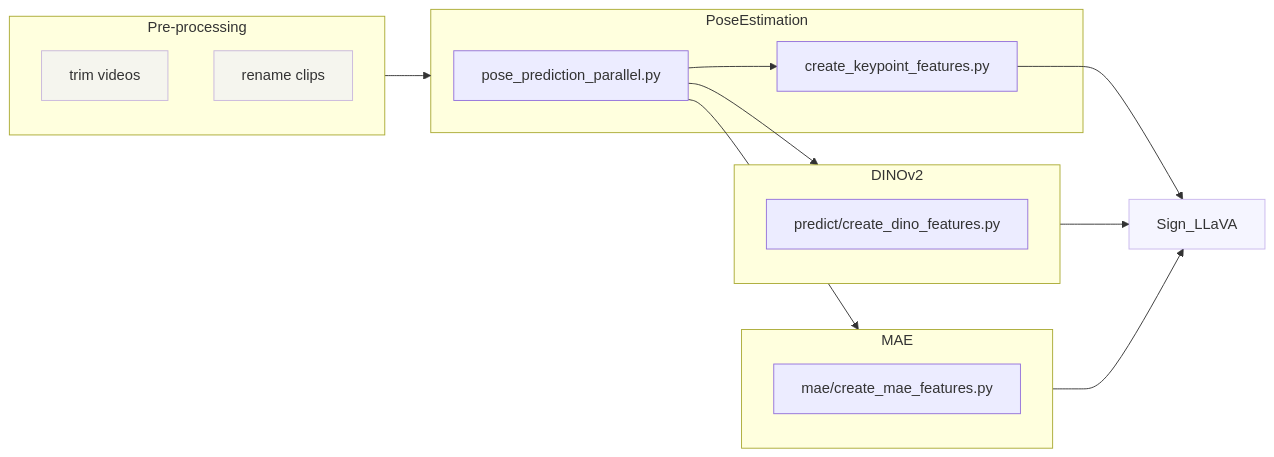
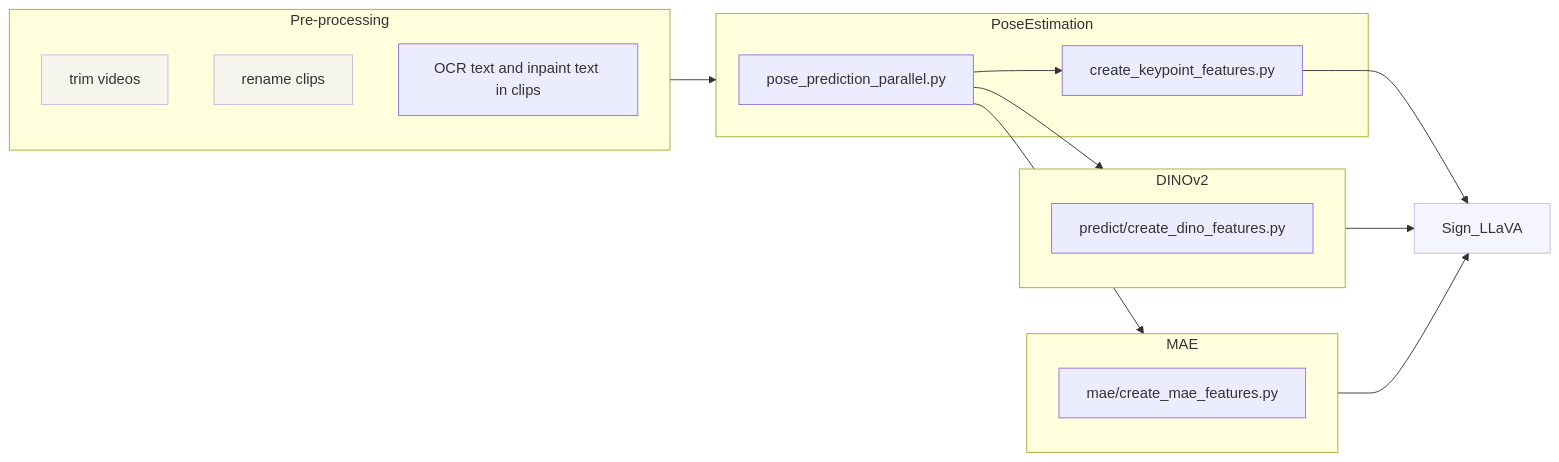
Before and after one commit to JSALT2024/scripts: the diagram in pipelines/ENCODING_PIPELINE.md, drawn with Mermaid.

````diff
--- a/pipelines/ENCODING_PIPELINE.md
+++ b/pipelines/ENCODING_PIPELINE.md
@@ -4,33 +4,34 @@
 ```mermaid
 graph LR;   
     subgraph Pre-processing
         E[trim videos]
         F[rename clips]
+        G[OCR text and inpaint text in clips]
     end
     
     subgraph PoseEstimation
         A[pose_prediction_parallel.py]
         B[create_keypoint_features.py]
     end
     
     subgraph DINOv2
         D[predict/create_dino_features.py]
     end
     
     subgraph MAE
         C[mae/create_mae_features.py]
     end
     
     Pre-processing-->PoseEstimation
     A-->MAE
     A-->DINOv2
     A-->B
     
     DINOv2-->Sign_LLaVA
     MAE-->Sign_LLaVA
     B-->Sign_LLaVA
     
     style E opacity:0.5;
     style F opacity:0.5;
     style Sign_LLaVA opacity:0.5;
 ```
````
